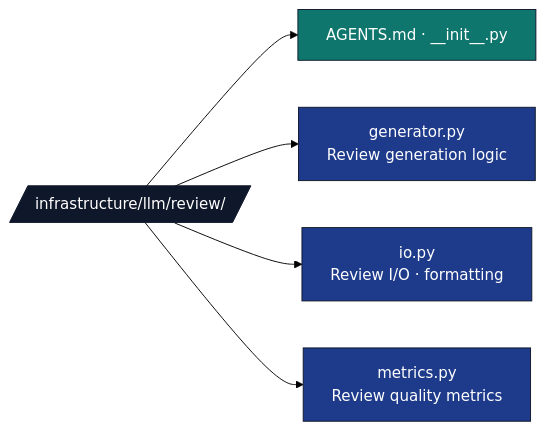
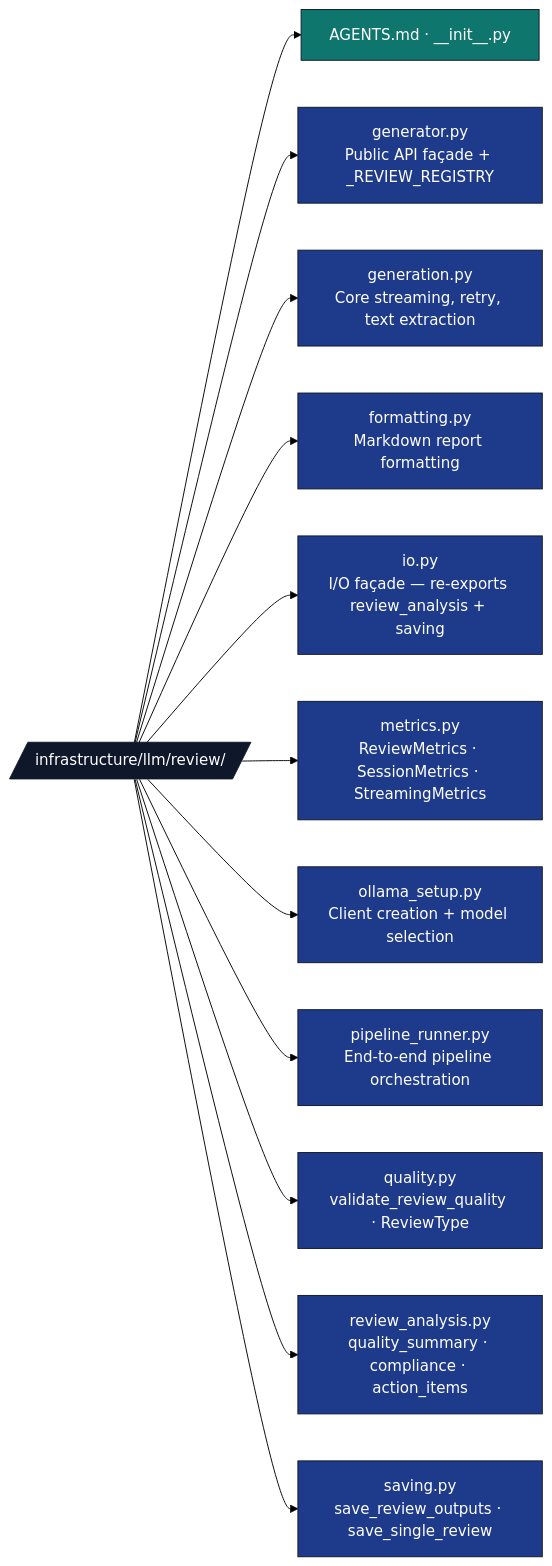
One commit to docxology/template changed the diagram in infrastructure/llm/review/AGENTS.md. Above: the diagram before and after it, drawn with Mermaid (forest theme). The commit also changed other lines of this file and 952 other files, not shown here.

````diff
--- a/infrastructure/llm/review/AGENTS.md
+++ b/infrastructure/llm/review/AGENTS.md
@@ -9,15 +9,22 @@
 ```mermaid
 flowchart LR
     R[/infrastructure/llm/review//]
     R --> META[AGENTS.md · __init__.py]
-    R --> GEN[generator.py<br/>Review generation logic]
-    R --> IO[io.py<br/>Review I/O · formatting]
-    R --> MET[metrics.py<br/>Review quality metrics]
+    R --> GEN[generator.py<br/>Public API façade + _REVIEW_REGISTRY]
+    R --> GENR[generation.py<br/>Core streaming, retry, text extraction]
+    R --> FMT[formatting.py<br/>Markdown report formatting]
+    R --> IO[io.py<br/>I/O façade — re-exports review_analysis + saving]
+    R --> MET[metrics.py<br/>ReviewMetrics · SessionMetrics · StreamingMetrics]
+    R --> OLL[ollama_setup.py<br/>Client creation + model selection]
+    R --> PIP[pipeline_runner.py<br/>End-to-end pipeline orchestration]
+    R --> QUAL[quality.py<br/>validate_review_quality · ReviewType]
+    R --> ANA[review_analysis.py<br/>quality_summary · compliance · action_items]
+    R --> SAV[saving.py<br/>save_review_outputs · save_single_review]
 
     classDef d fill:#0f172a,stroke:#0f172a,color:#fff
     classDef code fill:#1e3a8a,stroke:#0f172a,color:#fff
     classDef doc fill:#0f766e,stroke:#0f172a,color:#fff
     class R d
-    class GEN,IO,MET code
+    class GEN,GENR,FMT,IO,MET,OLL,PIP,QUAL,ANA,SAV code
     class META doc
 ```
````
